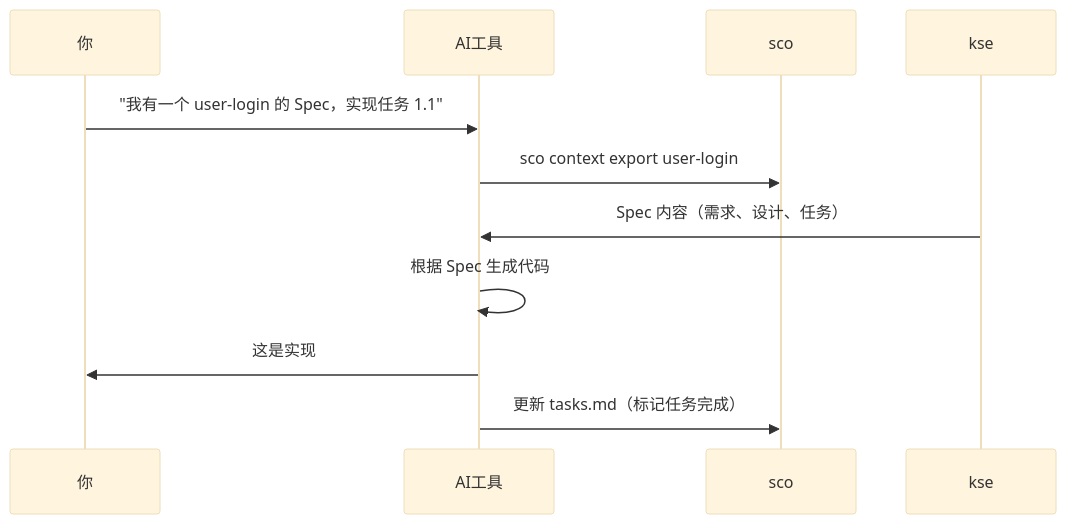
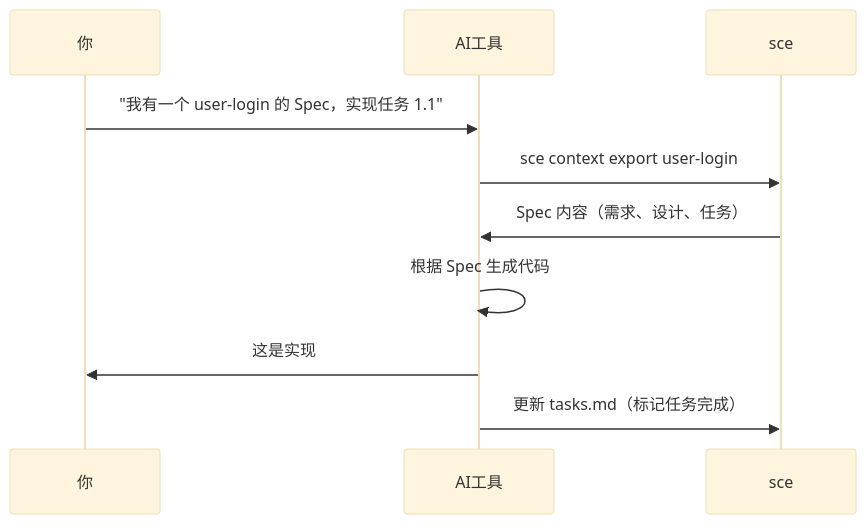
Before and after one commit to LuChangQiu/kiro-spec-engine: the second of 2 diagrams in README.zh.md, drawn with Mermaid (base theme). The commit also changed other lines of this file and 38 other files, not shown here.

````diff
--- a/README.zh.md
+++ b/README.zh.md
@@ -225,12 +225,12 @@
 ```mermaid
 sequenceDiagram
     participant 你
     participant AI工具
-    participant sco
+    participant sce
     你->>AI工具: "我有一个 user-login 的 Spec，实现任务 1.1"
-    AI工具->>sco: sco context export user-login
-    kse->>AI工具: Spec 内容（需求、设计、任务）
+    AI工具->>sce: sce context export user-login
+    sce->>AI工具: Spec 内容（需求、设计、任务）
     AI工具->>AI工具: 根据 Spec 生成代码
     AI工具->>你: 这是实现
-    AI工具->>sco: 更新 tasks.md（标记任务完成）
+    AI工具->>sce: 更新 tasks.md（标记任务完成）
 ```
````
